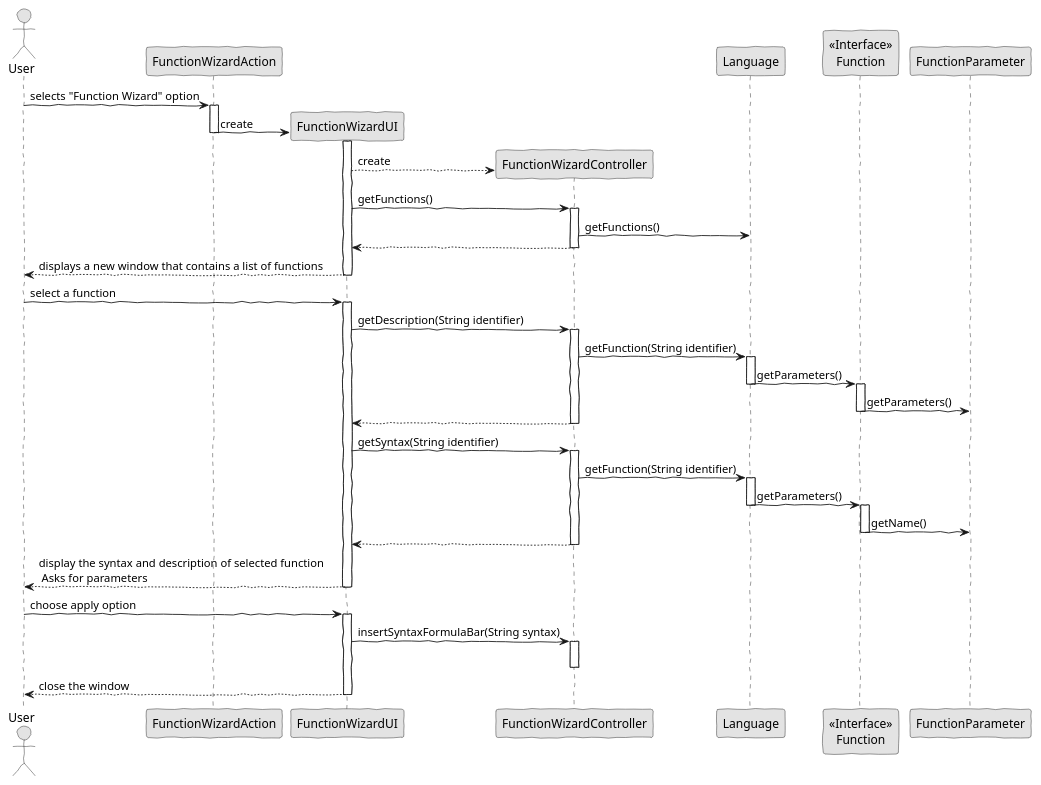
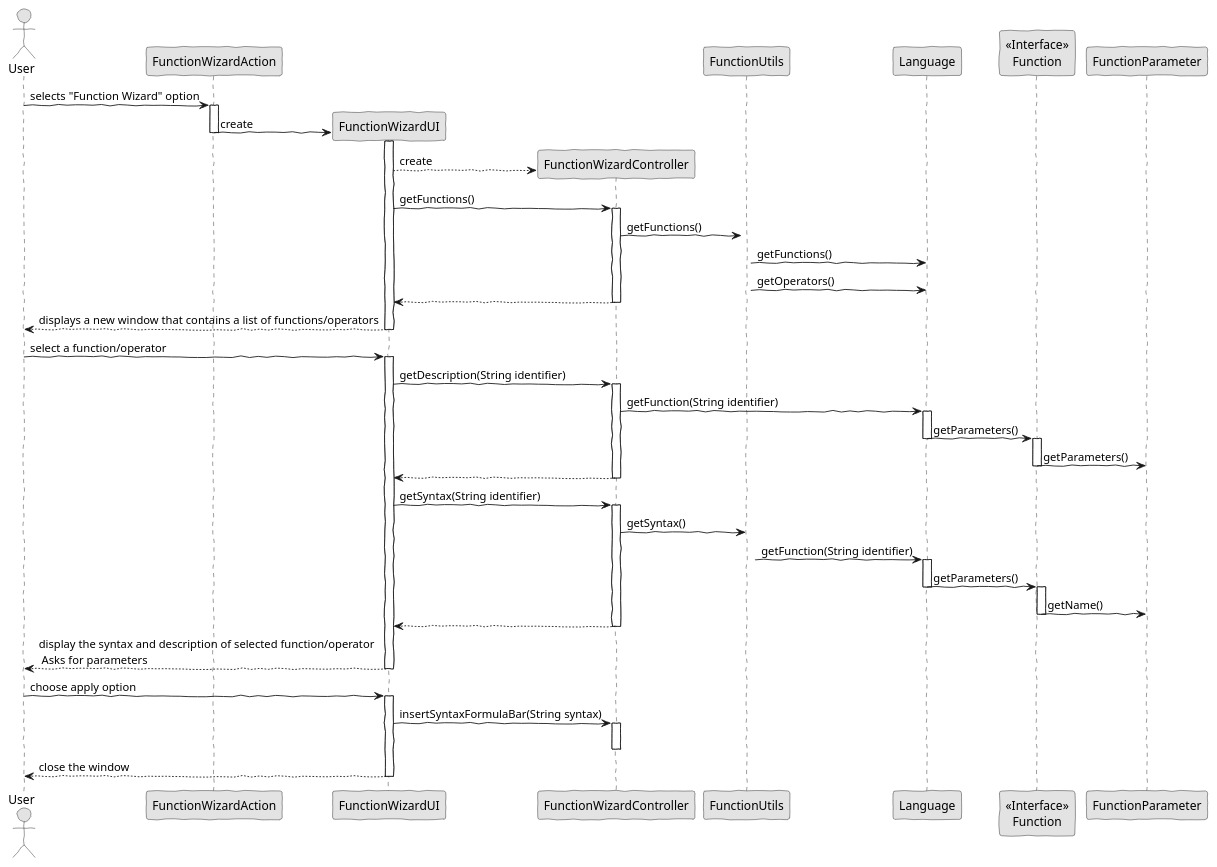
Before and after one commit to MikeTekOn/lapr4-2017-2dd: the diagram in src/main/java/lapr4/red/s2/lang/n1150613/FunctionWizard/sd_insert_function_intermediate_wizard.puml, drawn with PlantUML. The commit also changed 7 other files, not shown here.

```diff
--- a/src/main/java/lapr4/red/s2/lang/n1150613/FunctionWizard/sd_insert_function_intermediate_wizard.puml
+++ b/src/main/java/lapr4/red/s2/lang/n1150613/FunctionWizard/sd_insert_function_intermediate_wizard.puml
@@ -1,72 +1,78 @@
 @startuml sd_insert_function_basic_wizard.png
 skinparam handwritten true
 skinparam monochrome true
 skinparam packageStyle rect
 skinparam defaultFontName FG Virgil
 skinparam shadowing false
 
 actor User 
 participant "FunctionWizardAction" as Action
 participant "FunctionWizardUI" as UI
 participant "FunctionWizardController" as CRTL
+participant "FunctionUtils" as func
 
 User -> Action : selects "Function Wizard" option
 activate Action
 create UI
 
 Action -> UI : create
 deactivate Action
 activate UI
 create CRTL
 UI --> CRTL : create
 UI -> CRTL : getFunctions()
 activate CRTL
-CRTL -> Language : getFunctions()
+CRTL -> func : getFunctions()
+activate func
+func -> Language : getFunctions()
+func -> Language : getOperators()
 CRTL --> UI : 
 deactivate CRTL
-UI --> User : displays a new window that contains a list of functions 
+UI --> User : displays a new window that contains a list of functions/operators 
 deactivate UI
 
-User -> UI : select a function
+User -> UI : select a function/operator
 activate UI
 UI -> CRTL : getDescription(String identifier)
 activate CRTL
 participant "<<Interface>>\nFunction" as Function
 CRTL -> Language : getFunction(String identifier)
 activate Language
 Language -> Function : getParameters()
 deactivate Language
 activate Function
 Function -> FunctionParameter : getParameters()
 deactivate Function
 CRTL --> UI :
 deactivate CRTL
 UI -> CRTL : getSyntax(String identifier)
 activate CRTL
-CRTL -> Language : getFunction(String identifier)
+CRTL -> func : getSyntax()
+activate func
+func -> Language : getFunction(String identifier)
 
 activate Language
 Language -> Function : getParameters()
 deactivate Language
 activate Function
 activate Function
 Function -> FunctionParameter : getName()
 deactivate Function
 CRTL --> UI :
 deactivate CRTL
-UI --> User : display the syntax and description of selected function \n Asks for parameters
+UI --> User : display the syntax and description of selected function/operator \n Asks for parameters
 deactivate UI
 
 
 User -> UI : choose apply option
 activate UI
 UI -> CRTL : insertSyntaxFormulaBar(String syntax)
 
 activate CRTL
 deactivate CRTL
 
 UI --> User : close the window
 deactivate UI
 
 
 @enduml
```
